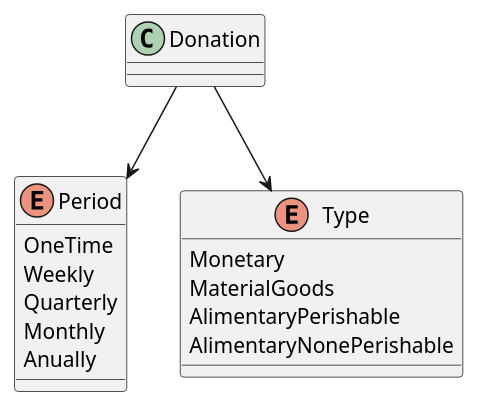
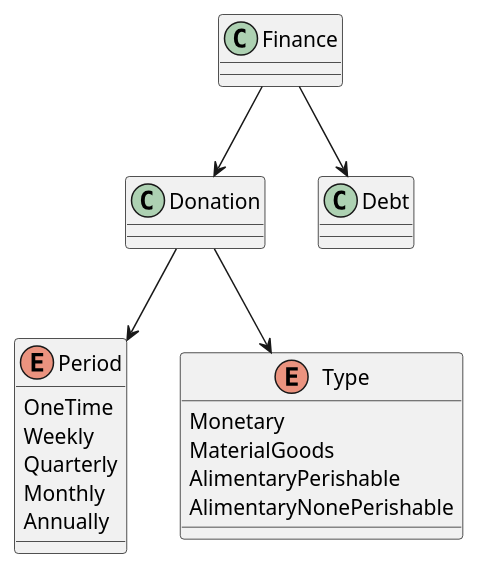
One commit to tomasshiao/75.71-Seminario-Ing-Inf-I changed the diagram in donation.puml. Above: the diagram before and after it, drawn with PlantUML.

Commit message:
update diagrama de donaciones

```diff
--- a/donation.puml
+++ b/donation.puml
@@ -1,22 +1,28 @@
 @startuml
 class Donation{}
 
 enum Period{
 OneTime
 Weekly
 Quarterly
 Monthly
-Anually
+Annually
 }
 
 enum Type{
 Monetary
 MaterialGoods
 AlimentaryPerishable
 AlimentaryNonePerishable
 }
 
 
 Donation --> Period
 Donation --> Type
+
+class Finance{}
+class Debt{}
+
+Finance --> Debt
+Finance --> Donation
 @enduml
```
